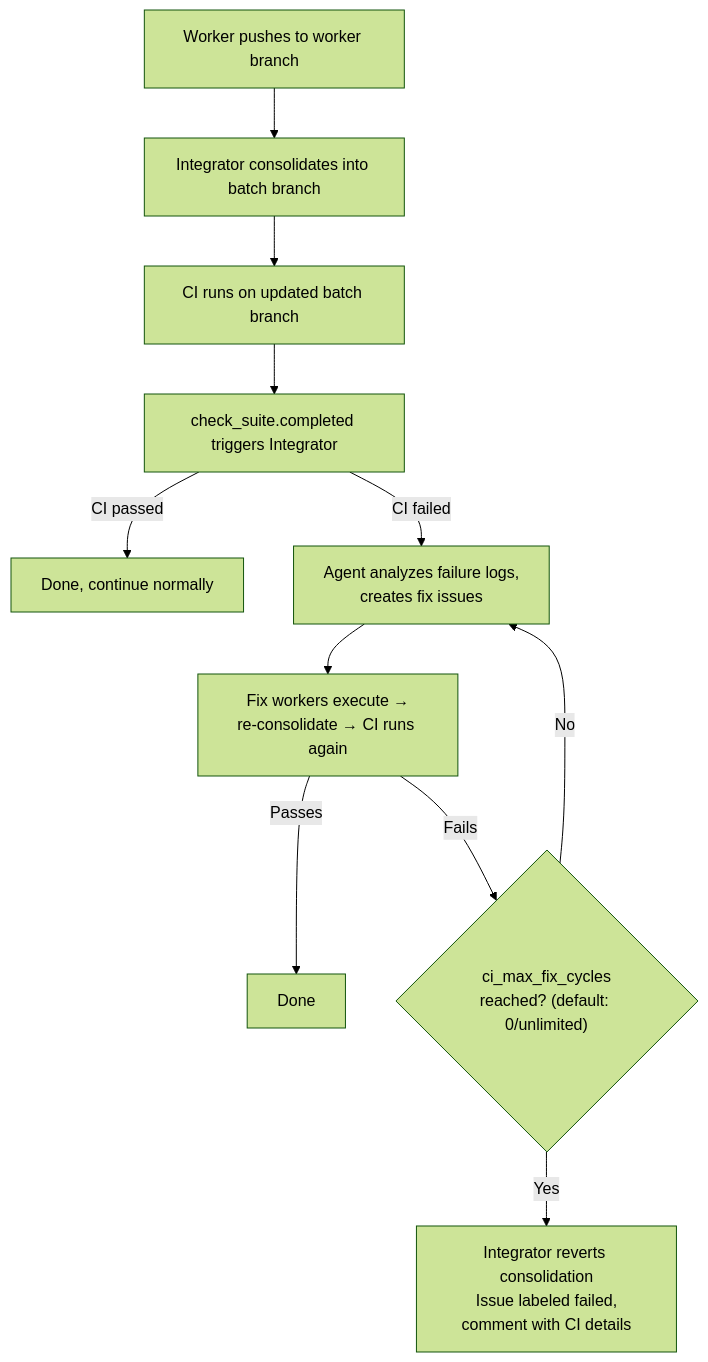
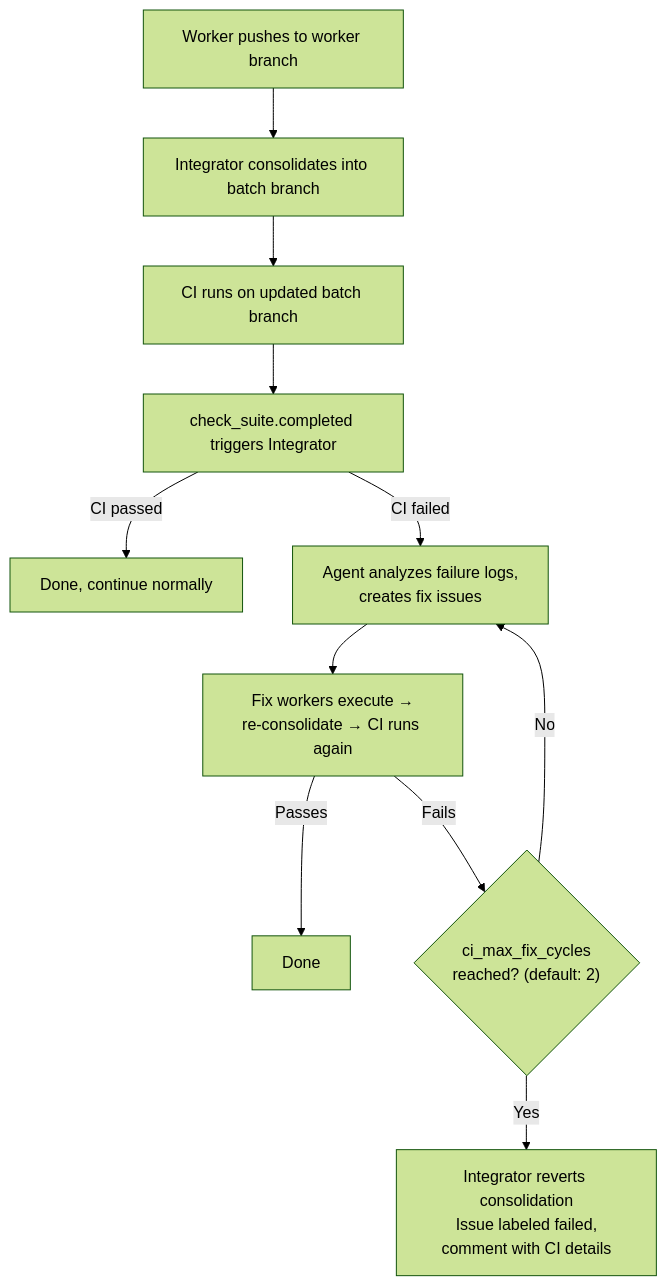
Before and after one commit to Herd-OS/herd: the tenth of 11 diagrams in docs/design/execution.md, drawn with Mermaid (forest theme). The commit also changed other lines of this file and 5 other files, not shown here.

Commit message:
fix(config): bound automatic fix cycles by default

````diff
--- a/docs/design/execution.md
+++ b/docs/design/execution.md
@@ -1233,13 +1233,13 @@
 ```mermaid
 graph TD
     A["Worker pushes to worker branch"] --> B["Integrator consolidates into batch branch"]
     B --> C["CI runs on updated batch branch"]
     C --> D["check_suite.completed triggers Integrator"]
     D -->|CI passed| DONE["Done, continue normally"]
     D -->|CI failed| G["Agent analyzes failure logs,<br>creates fix issues"]
     G --> H["Fix workers execute →<br>re-consolidate → CI runs again"]
     H -->|Passes| DONE2["Done"]
-    H -->|Fails| I{"ci_max_fix_cycles<br>reached? (default: 0/unlimited)"}
+    H -->|Fails| I{"ci_max_fix_cycles<br>reached? (default: 2)"}
     I -->|No| G
     I -->|Yes| J["Integrator reverts consolidation<br>Issue labeled failed,<br>comment with CI details"]
 ```
````
